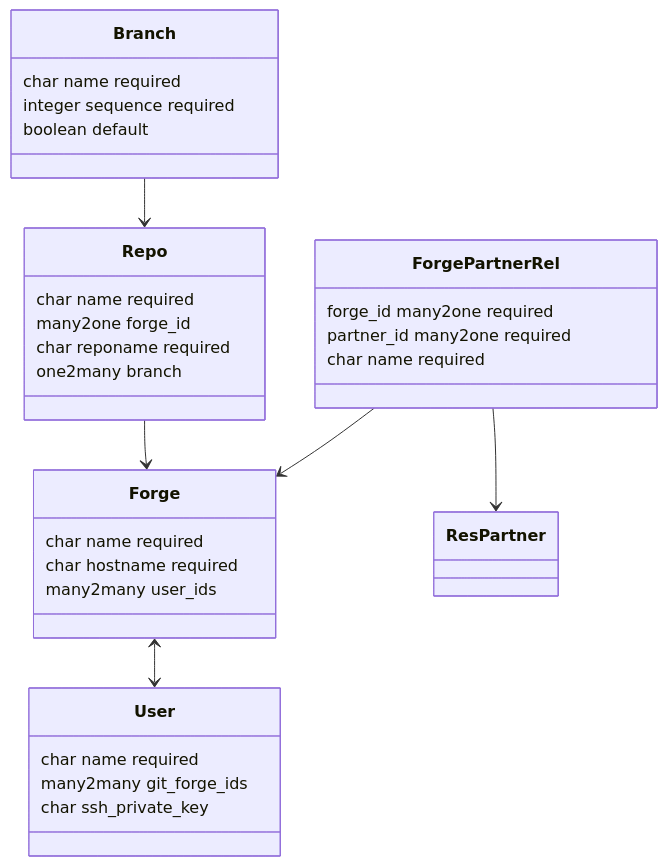
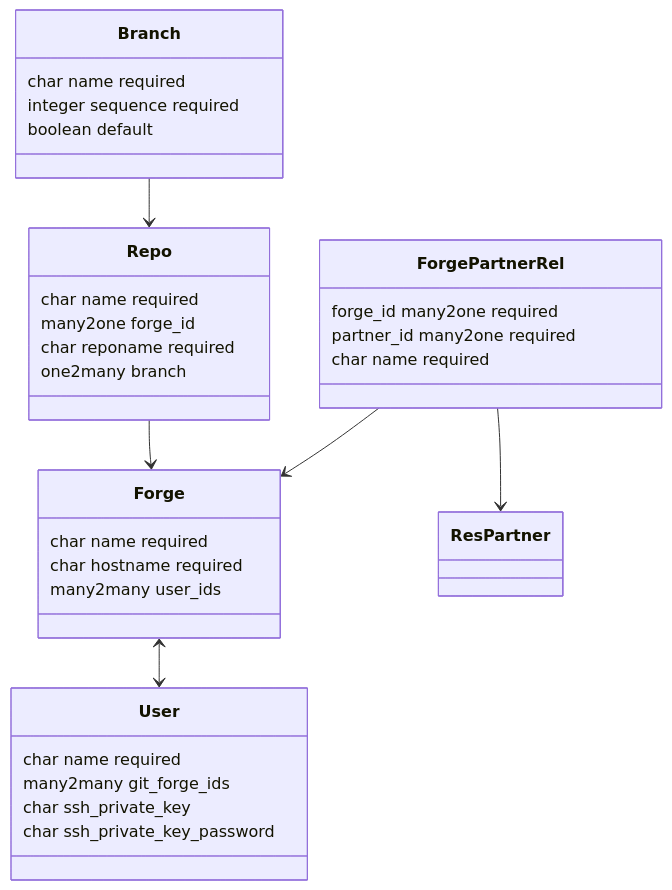
The diagram in Specification Git Kubernetes.md (Mint-System/Wiki), drawn with Mermaid before and after one commit. The commit also changed other lines of this file and 7 other files, not shown here.

````diff
--- a/Specification Git Kubernetes.md
+++ b/Specification Git Kubernetes.md
@@ -21,39 +21,40 @@
 ```mermaid
 classDiagram
     Forge <--> User
 	ForgePartnerRel --> Forge
 	ForgePartnerRel --> ResPartner
 	Repo --> Forge
 	Branch --> Repo
 	
     class User {
 		char name required
 		many2many git_forge_ids
 		char ssh_private_key
+		char ssh_private_key_password
     }
 
 	class Forge {
 		char name required
 		char hostname required
 		many2many user_ids
 	}
 
 	class ForgePartnerRel {
 		forge_id many2one required
 		partner_id many2one required
 		char name required
 	}
 
     class Repo{
 		char name required
 		many2one forge_id
 		char reponame required
 		one2many branch
     }
 
     class Branch{
 		char name required
 		integer sequence required
 		boolean default
     }
 ```
````
